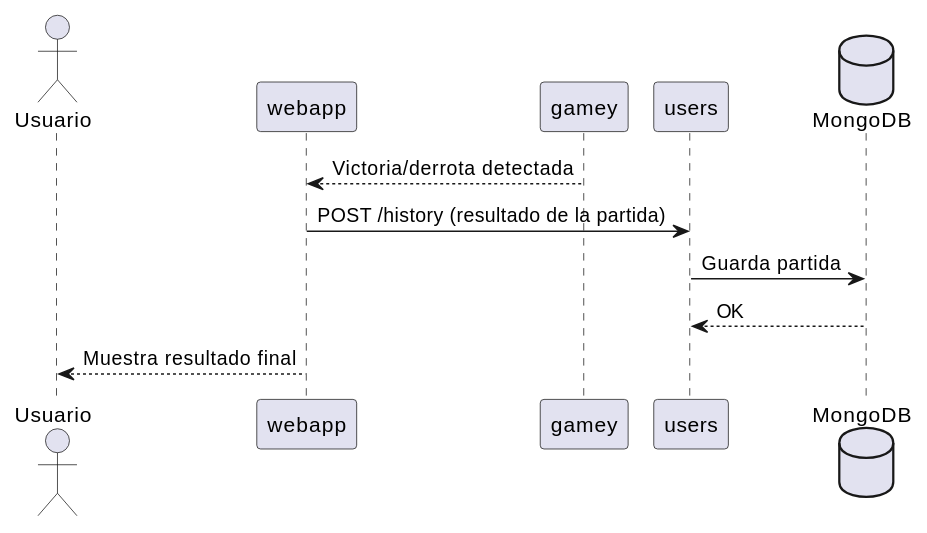
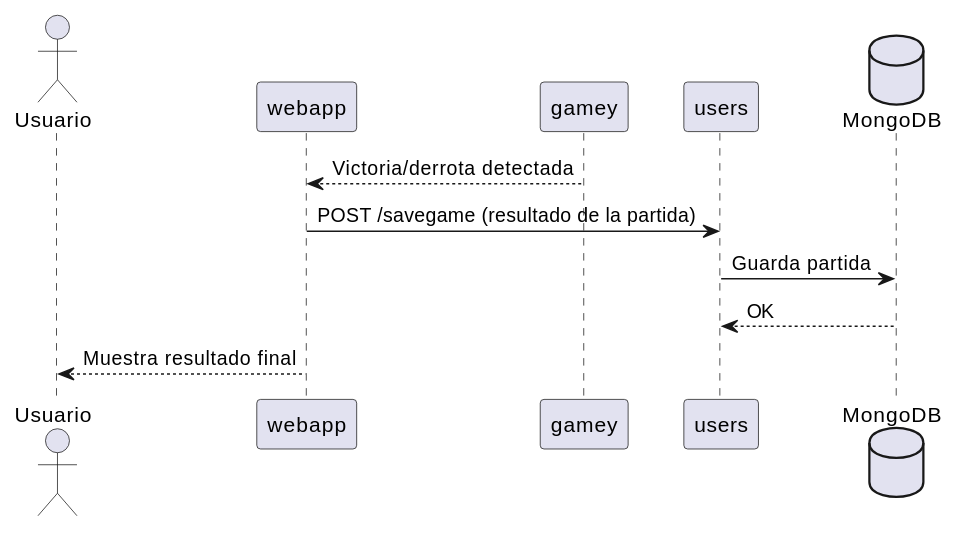
One commit to Arquisoft/yovi_es2a changed the third of 4 diagrams in docs/src/06_runtime_view.adoc. Above: the diagram before and after it, drawn with PlantUML. The commit also changed other lines of this file and 2 other files, not shown here.

```diff
--- a/docs/src/06_runtime_view.adoc
+++ b/docs/src/06_runtime_view.adoc
@@ -62,16 +69,16 @@
 [plantuml, runtime-endgame, png]
 ----
 @startuml
 actor Usuario
 participant "webapp" as web
 participant "gamey" as gamey
 participant "users" as users
 database "MongoDB" as mongo
 
 gamey --> web: Victoria/derrota detectada
-web -> users: POST /history (resultado de la partida)
+web -> users: POST /savegame (resultado de la partida)
 users -> mongo: Guarda partida
 mongo --> users: OK
 web --> Usuario: Muestra resultado final
 @enduml
 ----
```
